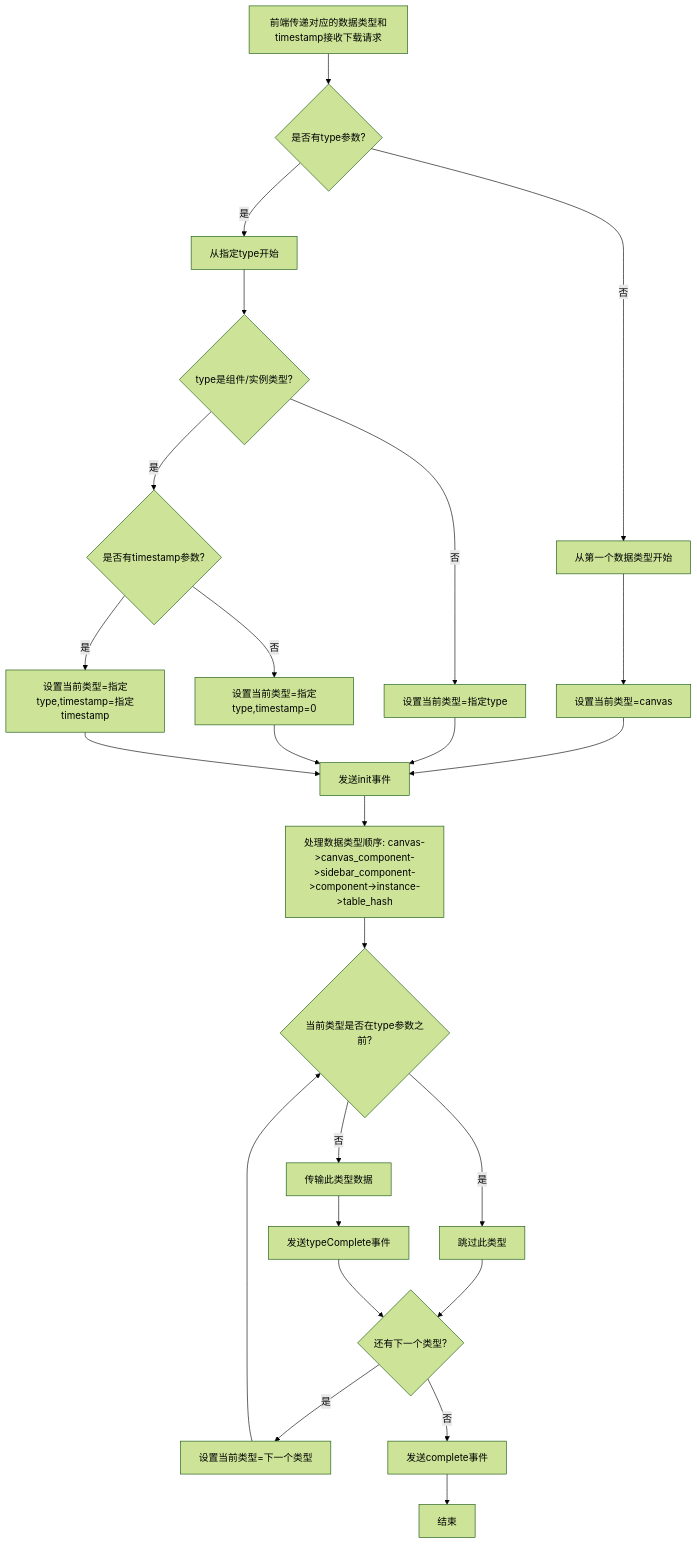
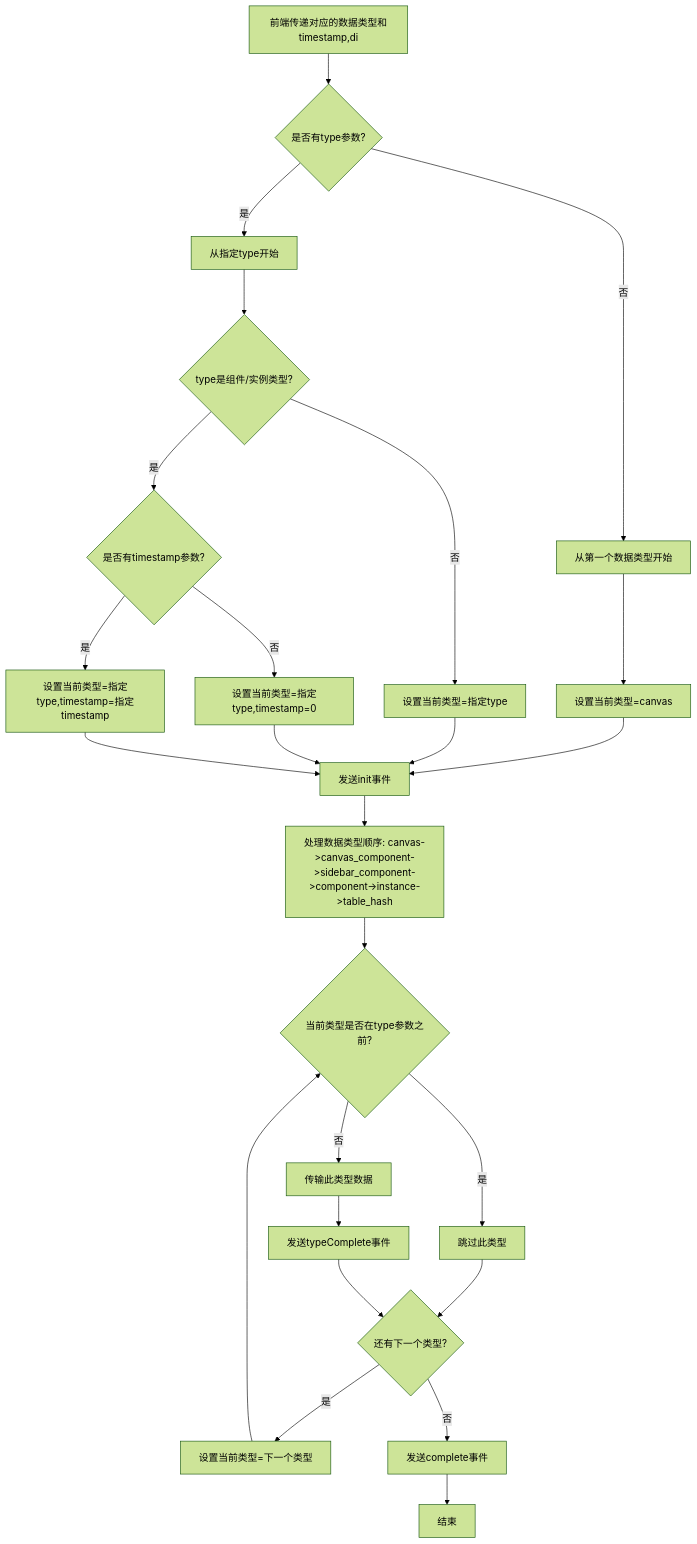
The diagram in all/未命名-59.md (yingjianzh/iodraw-files), drawn with Mermaid (forest theme) before and after one commit.

Commit message:
2025-05-14 15:29:47 update

````diff
--- a/all/未命名-59.md
+++ b/all/未命名-59.md
@@ -1,37 +1,37 @@
 ```mermaid
 flowchart TD
-    A[前端传递对应的数据类型和timestamp接收下载请求] --> B{是否有type参数?}
+    A[前端传递对应的数据类型和timestamp,di] --> B{是否有type参数?}
     
     B -->|否| C[从第一个数据类型开始]
     B -->|是| D[从指定type开始]
     
     C --> E[设置当前类型=canvas]
     D --> F{type是组件/实例类型?}
     
     F -->|否| G[设置当前类型=指定type]
     F -->|是| H{是否有timestamp参数?}
     
     H -->|否| I[设置当前类型=指定type,timestamp=0]
     H -->|是| J[设置当前类型=指定type,timestamp=指定timestamp]
     
     E --> K[发送init事件]
     G --> K
     I --> K
     J --> K
     
     K --> L[处理数据类型顺序: canvas->canvas_component->sidebar_component->component->instance->table_hash]
     
     L --> M{当前类型是否在type参数之前?}
     M -->|是| N[跳过此类型]
     M -->|否| O[传输此类型数据]
     
     N --> P{还有下一个类型?}
     O --> Q[发送typeComplete事件]
     Q --> P
     
     P -->|是| R[设置当前类型=下一个类型]
     P -->|否| S[发送complete事件]
     
     R --> M
     S --> T[结束]
 ```
````
